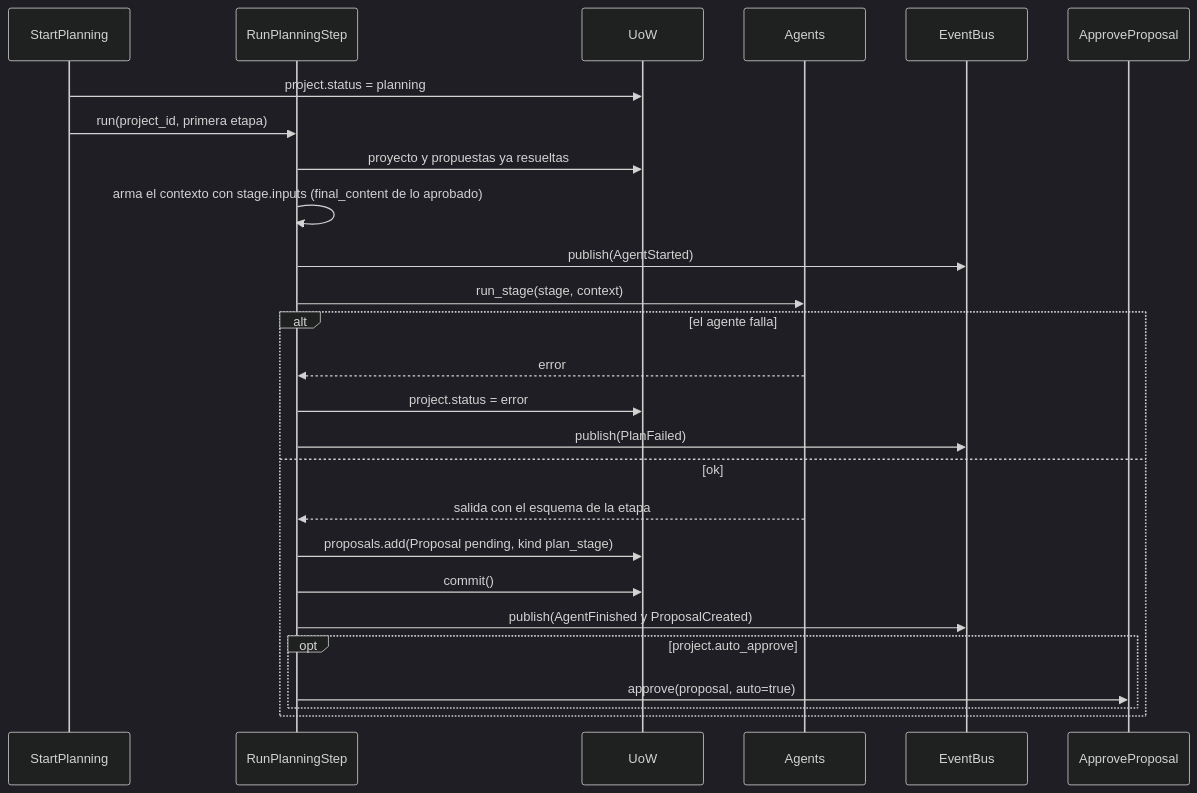
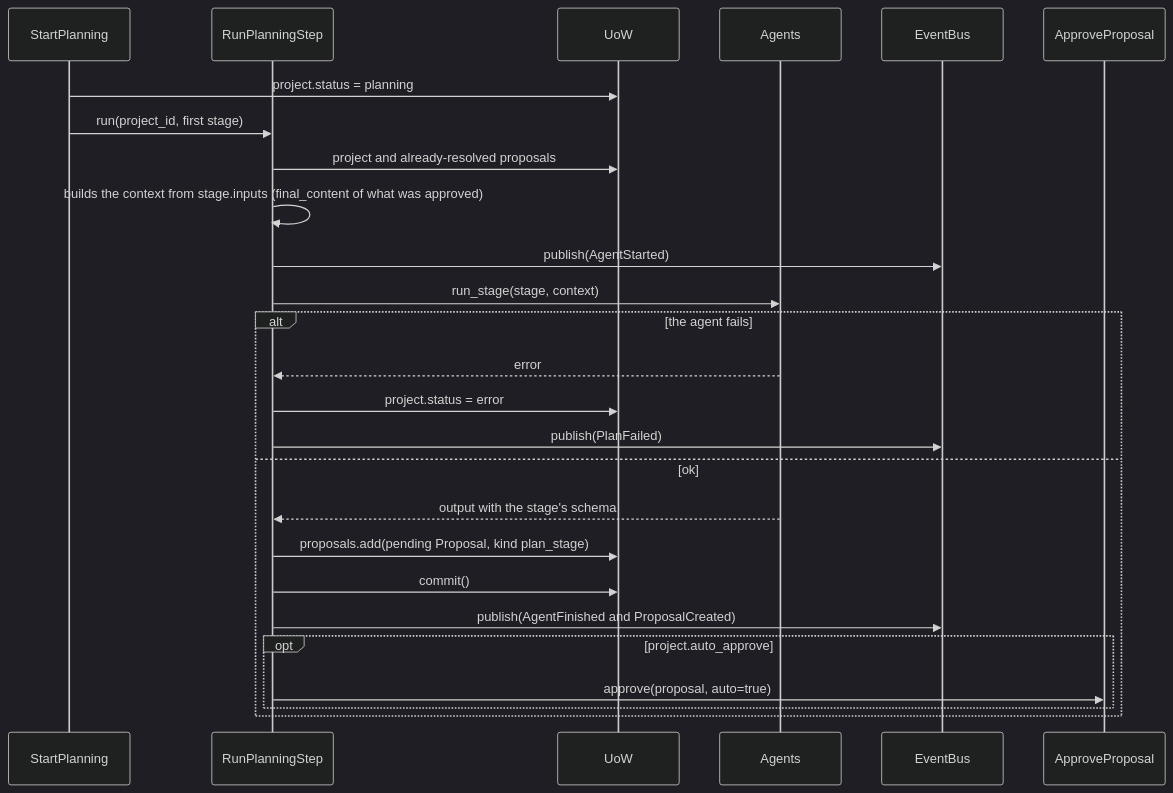
The seventh of 18 diagrams in plan/use-cases.md (Mitchz01/TransparencIA), drawn with Mermaid (dark theme) before and after one commit. The commit also changed other lines of this file and 68 other files, not shown here.

````diff
--- a/plan/use-cases.md
+++ b/plan/use-cases.md
@@ -225,29 +228,29 @@
 ```mermaid
 sequenceDiagram
     participant SP as StartPlanning
     participant RS as RunPlanningStep
     participant UoW
     participant AG as Agents
     participant Bus as EventBus
     participant AP as ApproveProposal
 
     SP->>UoW: project.status = planning
-    SP->>RS: run(project_id, primera etapa)
-    RS->>UoW: proyecto y propuestas ya resueltas
-    RS->>RS: arma el contexto con stage.inputs (final_content de lo aprobado)
+    SP->>RS: run(project_id, first stage)
+    RS->>UoW: project and already-resolved proposals
+    RS->>RS: builds the context from stage.inputs (final_content of what was approved)
     RS->>Bus: publish(AgentStarted)
     RS->>AG: run_stage(stage, context)
-    alt el agente falla
+    alt the agent fails
         AG-->>RS: error
         RS->>UoW: project.status = error
         RS->>Bus: publish(PlanFailed)
     else ok
-        AG-->>RS: salida con el esquema de la etapa
-        RS->>UoW: proposals.add(Proposal pending, kind plan_stage)
+        AG-->>RS: output with the stage's schema
+        RS->>UoW: proposals.add(pending Proposal, kind plan_stage)
         RS->>UoW: commit()
-        RS->>Bus: publish(AgentFinished y ProposalCreated)
+        RS->>Bus: publish(AgentFinished and ProposalCreated)
         opt project.auto_approve
             RS->>AP: approve(proposal, auto=true)
         end
     end
 ```
````
